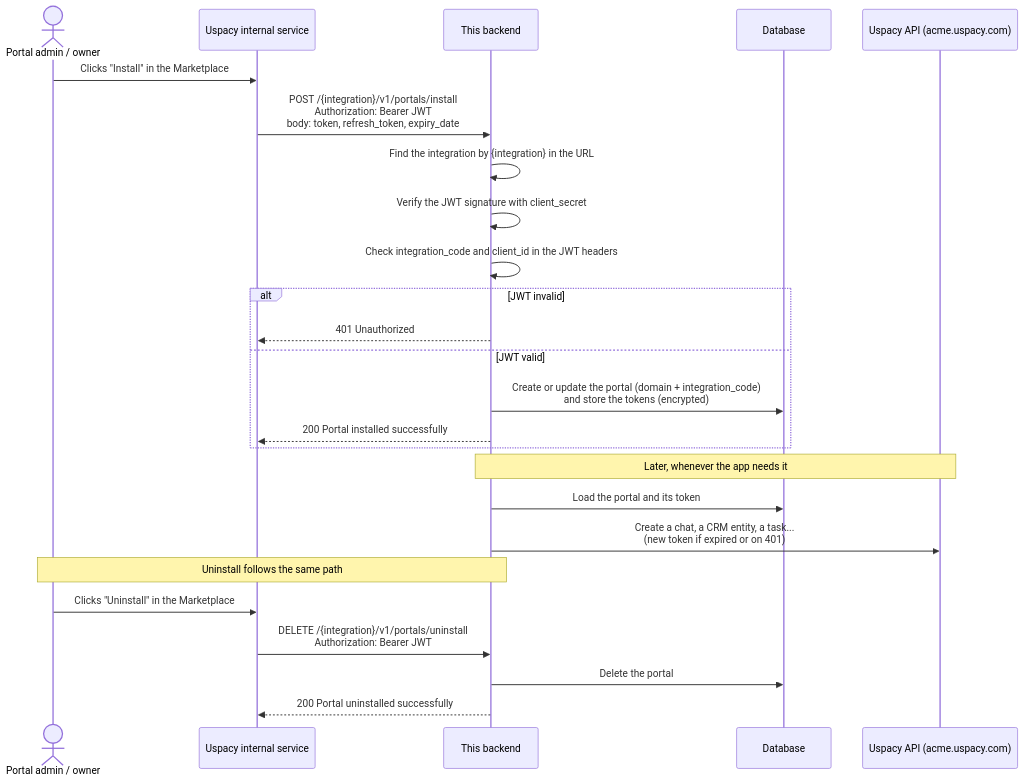
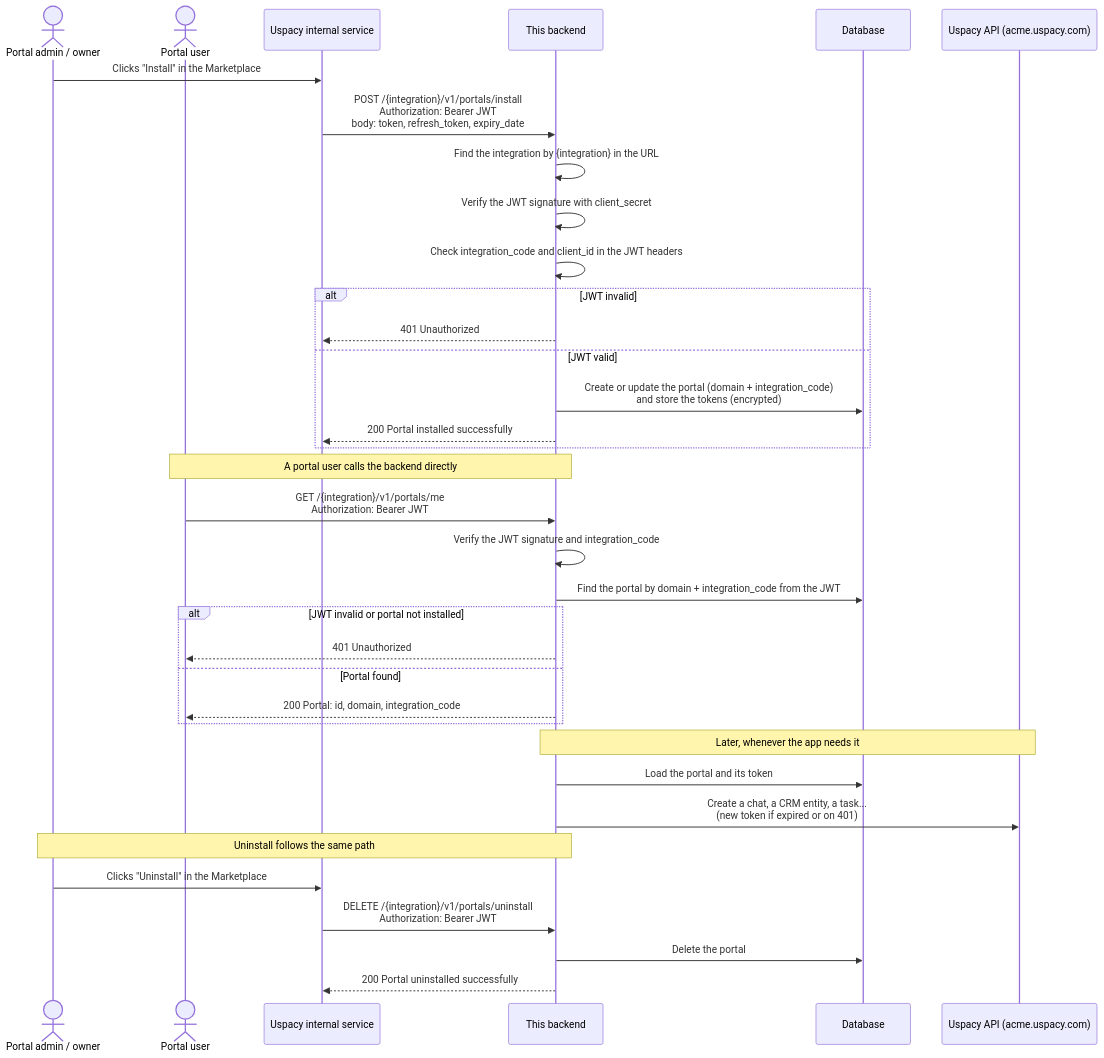
Before and after one commit to Uspacy/app-laravel-template: the diagram in README.md, drawn with Mermaid.

Commit message:
docs(readme): document portal user JWT flow in sequence diagram
Add the `GET /{integration}/v1/portals/me` call, authenticated with a
Bearer JWT, to the "How it works" diagram. It shows JWT verification,
the portal lookup by domain and integration_code, and the 401 and 200
responses.

````diff
--- a/README.md
+++ b/README.md
@@ -20,30 +20,41 @@
 ```mermaid
 sequenceDiagram
     actor Admin as Portal admin / owner
+    actor User as Portal user
     participant S as Uspacy internal service
     participant A as This backend
     participant DB as Database
     participant API as Uspacy API (acme.uspacy.com)
 
     Admin->>S: Clicks "Install" in the Marketplace
     S->>A: POST /{integration}/v1/portals/install<br/>Authorization: Bearer JWT<br/>body: token, refresh_token, expiry_date
     A->>A: Find the integration by {integration} in the URL
     A->>A: Verify the JWT signature with client_secret
     A->>A: Check integration_code and client_id in the JWT headers
     alt JWT invalid
         A-->>S: 401 Unauthorized
     else JWT valid
         A->>DB: Create or update the portal (domain + integration_code)<br/>and store the tokens (encrypted)
         A-->>S: 200 Portal installed successfully
     end
 
+    Note over User,A: A portal user calls the backend directly
+    User->>A: GET /{integration}/v1/portals/me<br/>Authorization: Bearer JWT
+    A->>A: Verify the JWT signature and integration_code
+    A->>DB: Find the portal by domain + integration_code from the JWT
+    alt JWT invalid or portal not installed
+        A-->>User: 401 Unauthorized
+    else Portal found
+        A-->>User: 200 Portal: id, domain, integration_code
+    end
+
     Note over A,API: Later, whenever the app needs it
     A->>DB: Load the portal and its token
     A->>API: Create a chat, a CRM entity, a task...<br/>(new token if expired or on 401)
 
     Note over Admin,A: Uninstall follows the same path
     Admin->>S: Clicks "Uninstall" in the Marketplace
     S->>A: DELETE /{integration}/v1/portals/uninstall<br/>Authorization: Bearer JWT
     A->>DB: Delete the portal
     A-->>S: 200 Portal uninstalled successfully
 ```
````
